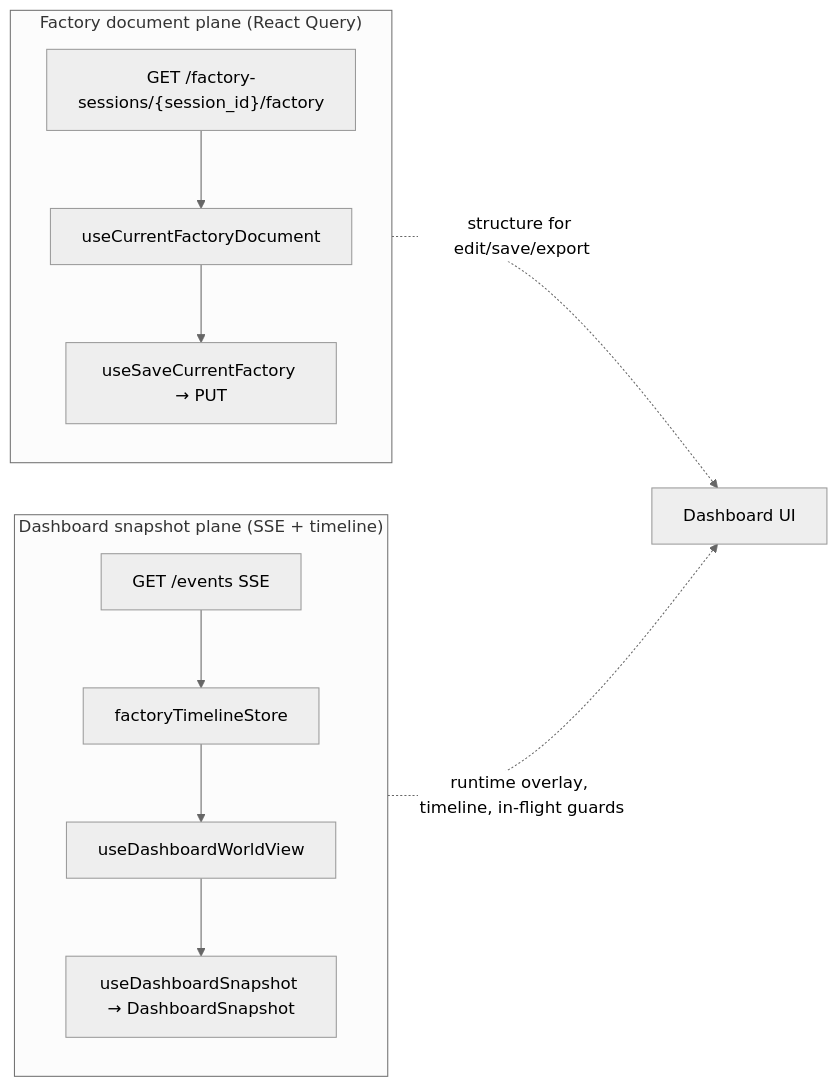
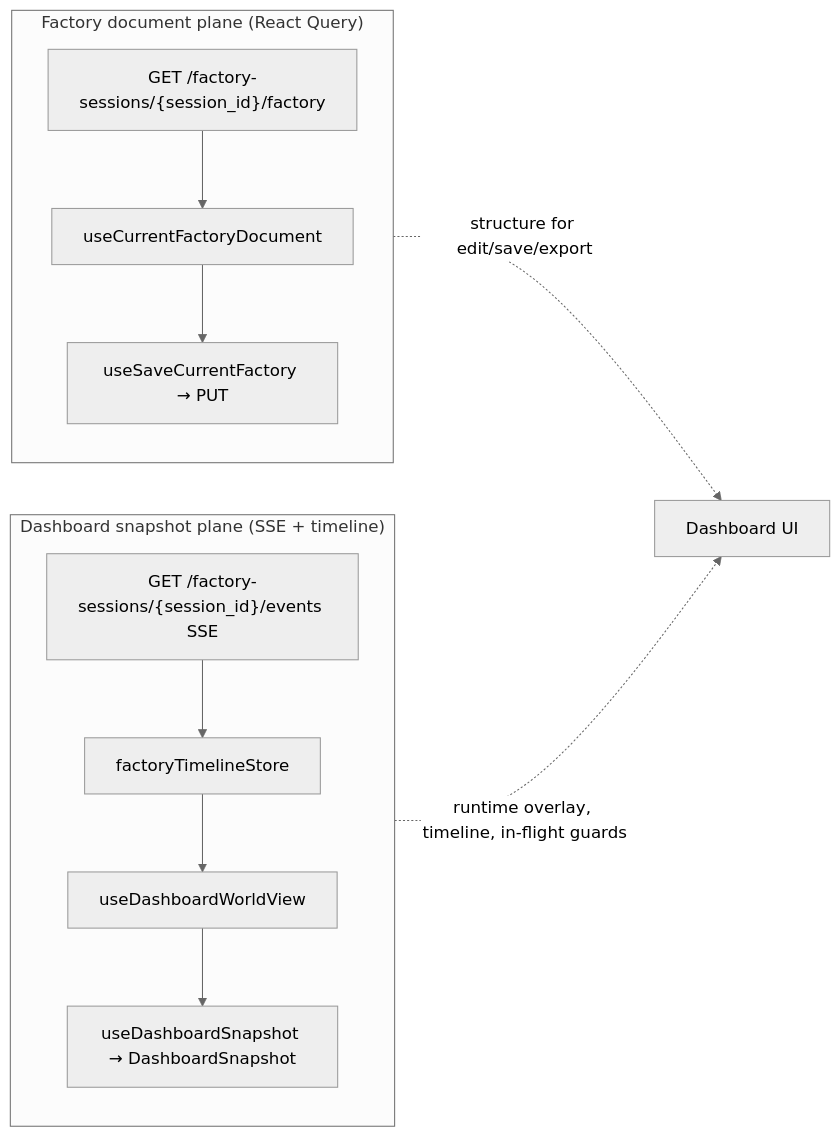
One commit to portpowered/you-agent-factory changed the diagram in docs/internal/development/development.md. Above: the diagram before and after it, drawn with Mermaid (neutral theme). The commit also changed other lines of this file and 5 other files, not shown here.

Commit message:
feat: session-persistence-events-compat-retirement-002 - Align customer docs with session-scoped event streams

````diff
--- a/docs/internal/development/development.md
+++ b/docs/internal/development/development.md
@@ -644,21 +644,21 @@
 ```mermaid
 flowchart LR
   subgraph documentPlane ["Factory document plane (React Query)"]
     GET["GET /factory-sessions/{session_id}/factory"]
     RQ["useCurrentFactoryDocument"]
     SAVE["useSaveCurrentFactory → PUT"]
     GET --> RQ
     RQ --> SAVE
   end
 
   subgraph snapshotPlane ["Dashboard snapshot plane (SSE + timeline)"]
-    SSE["GET /events SSE"]
+    SSE["GET /factory-sessions/{session_id}/events SSE"]
     TL["factoryTimelineStore"]
     WV["useDashboardWorldView"]
     SNAP["useDashboardSnapshot → DashboardSnapshot"]
     SSE --> TL --> WV --> SNAP
   end
 
   documentPlane -.->|"structure for edit/save/export"| UI["Dashboard UI"]
   snapshotPlane -.->|"runtime overlay, timeline, in-flight guards"| UI
 ```
````
